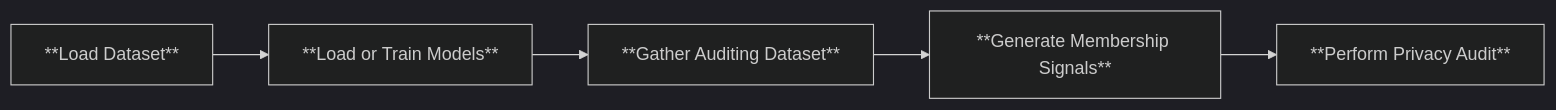
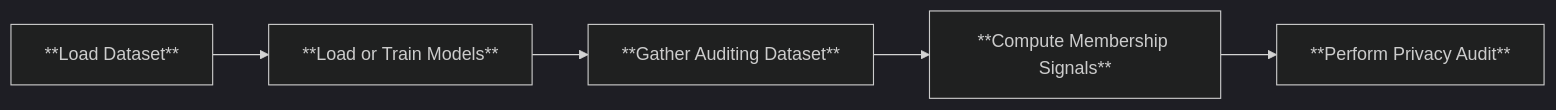
The first of 2 diagrams in README.md (privacytrustlab/ml_privacy_meter), drawn with Mermaid (dark theme) before and after one commit. The commit also changed other lines of this file, not shown here.

Commit message:
add ramia flowchart

````diff
--- a/README.md
+++ b/README.md
@@ -44,7 +44,7 @@
 ```mermaid
 flowchart LR
     H["**Load Dataset**"] --> J["**Load or Train Models**"]
     J --> L["**Gather Auditing Dataset**"]
-    L --> M["**Generate Membership Signals**"]
+    L --> M["**Compute Membership Signals**"]
     M --> O["**Perform Privacy Audit**"]
 ```
````
